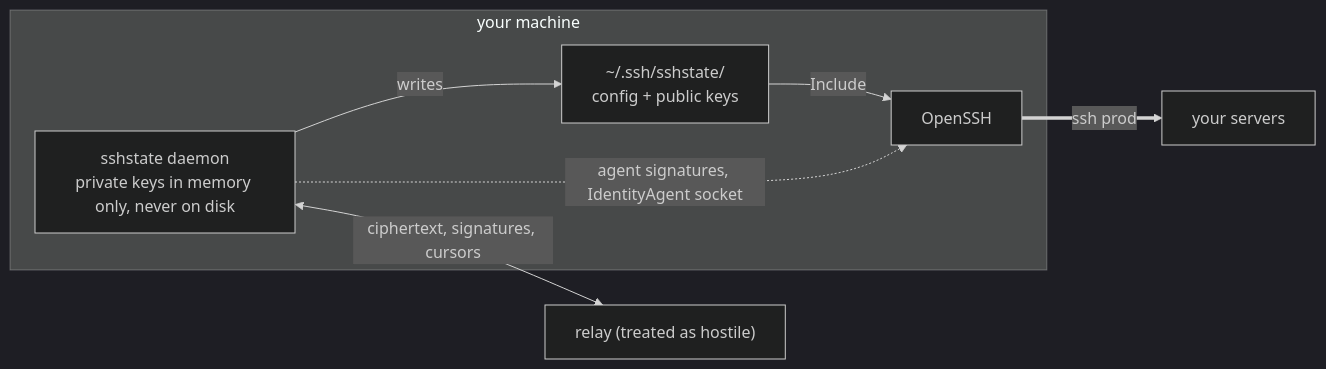
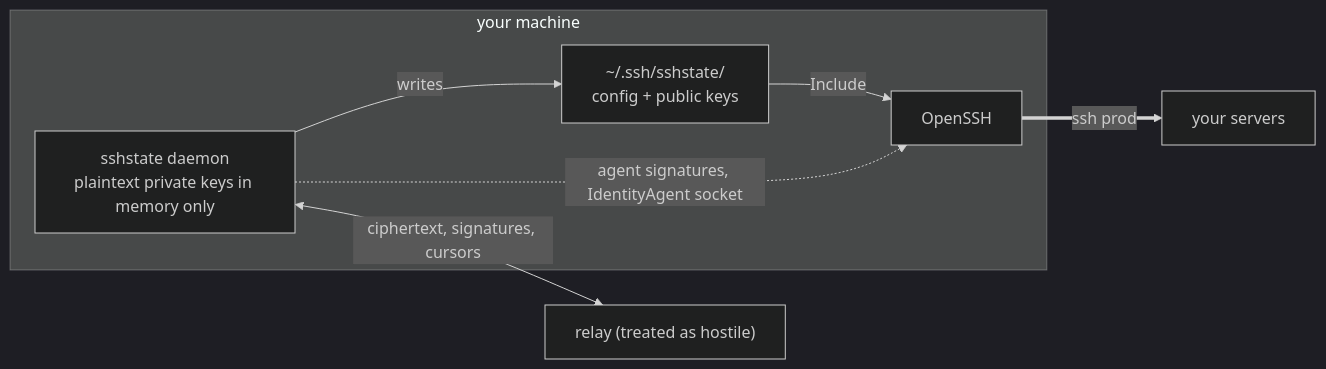
One commit to mouizahmed/sshstate changed the diagram in README.md. Above: the diagram before and after it, drawn with Mermaid (dark theme). The commit also changed other lines of this file and 14 other files, not shown here.

````diff
--- a/README.md
+++ b/README.md
@@ -9,13 +9,13 @@
 ```mermaid
 flowchart LR
   subgraph machine["your machine"]
-    D["sshstate daemon<br/>private keys in memory only, never on disk"]
+    D["sshstate daemon<br/>plaintext private keys in memory only"]
     C["~/.ssh/sshstate/<br/>config + public keys"]
     O["OpenSSH"]
     D -->|writes| C
     C -->|Include| O
     D -.->|agent signatures, IdentityAgent socket| O
   end
   O ==>|ssh prod| S["your servers"]
   D <-->|ciphertext, signatures, cursors| R["relay (treated as hostile)"]
 ```
````
